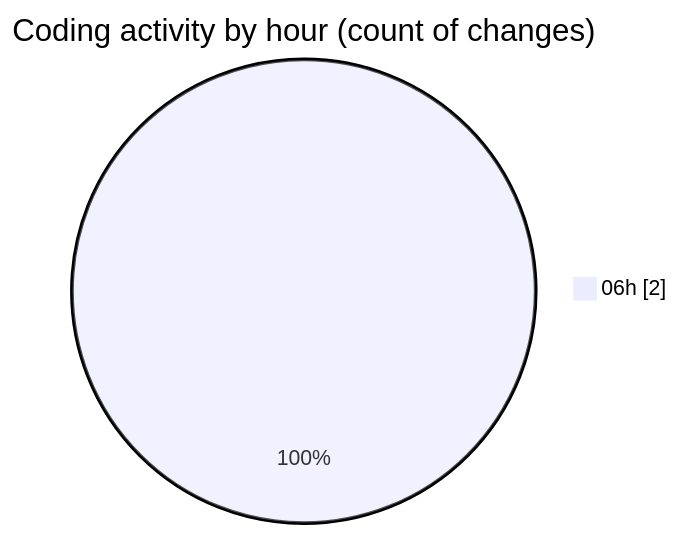
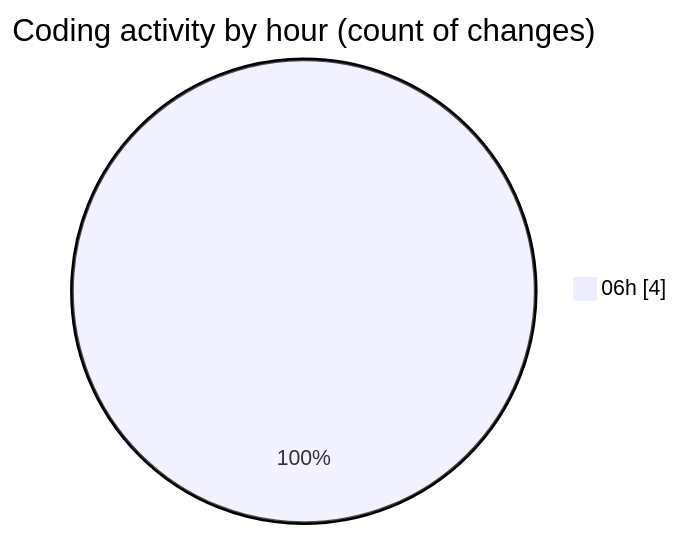
One commit to Elitesun/code-tracking changed the second of 2 diagrams in 2025-05-11/elitesun/README.md. Above: the diagram before and after it, drawn with Mermaid. The commit also changed other lines of this file and 1 other file, not shown here.

````diff
--- a/2025-05-11/elitesun/README.md
+++ b/2025-05-11/elitesun/README.md
@@ -30,5 +32,5 @@
 ```mermaid
 pie showData
 title Coding activity by hour (count of changes)
-"06h" : 2
+"06h" : 4
 ```
````
